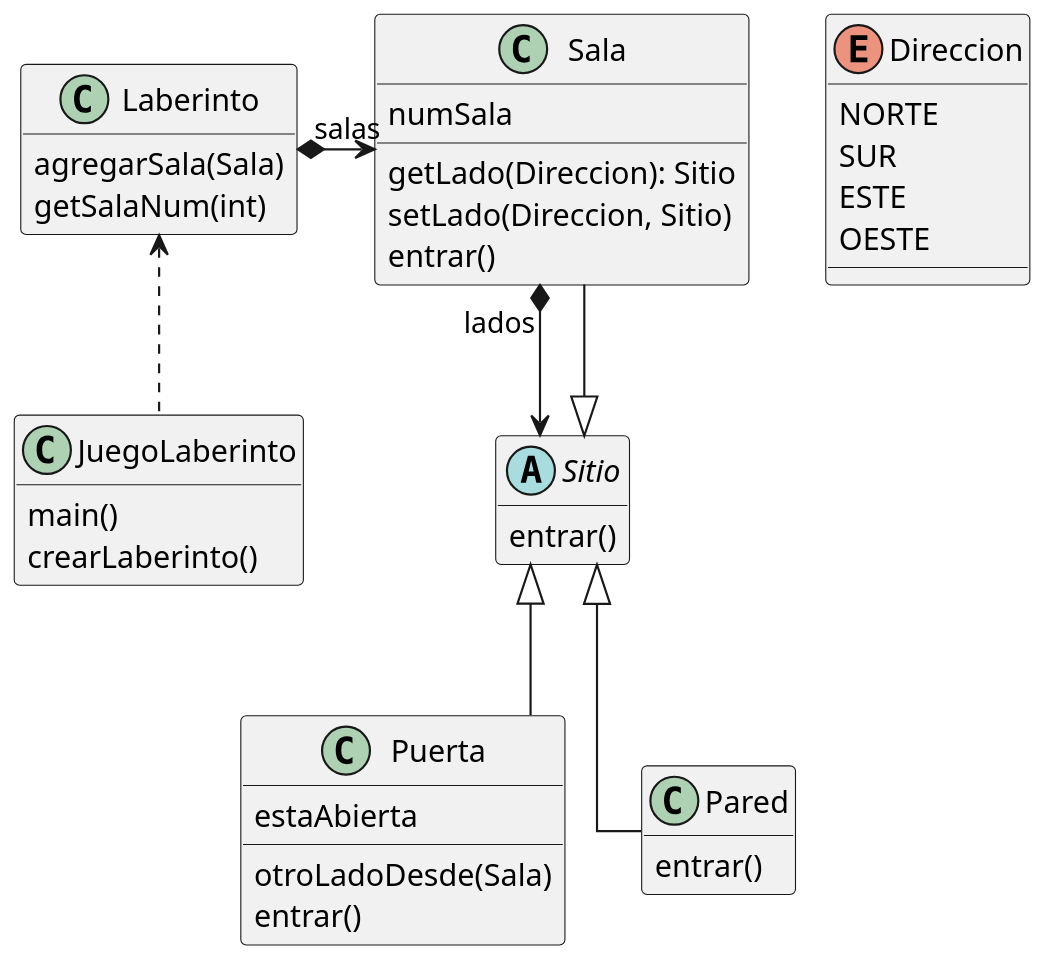
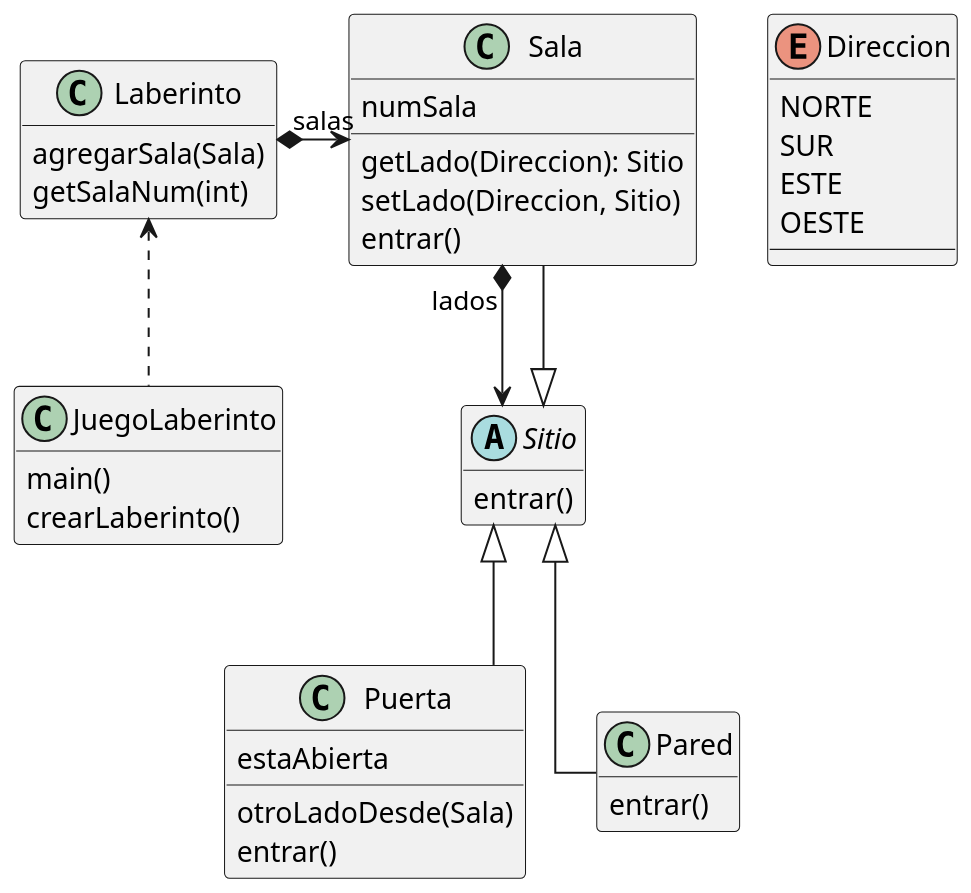
The first of 2 diagrams in patrones-2021.md (dodero/gii-dss-iiss), drawn with PlantUML before and after one commit. The commit also changed other lines of this file and 33 other files, not shown here.

```diff
--- a/patrones-2021.md
+++ b/patrones-2021.md
@@ -151,60 +158,60 @@
 @startuml
 top to bottom direction
 scale 1024 width
-scale 700 height
+scale 650 height
 skinparam linetype ortho
 skinparam classAttributeIconSize 0
 
 enum Direccion {
   NORTE
   SUR
   ESTE
   OESTE
 }
 
 class JuegoLaberinto {
   {method} main()
   {method} crearLaberinto()
 }
 
 abstract class Sitio{
   {method} entrar()
 }
 
 class Sala{
   {field} numSala
   {method} getLado(Direccion): Sitio
   {method} setLado(Direccion, Sitio)
   {method} entrar()
 }
 
 class Puerta{
   {field} estaAbierta
   {method} otroLadoDesde(Sala)
   {method} entrar()
 }
 
 class Pared{
   {method} entrar()
 }
 
 class Laberinto{
   {method} agregarSala(Sala)
   {method} getSalaNum(int)
 }
 
 JuegoLaberinto .up.> Laberinto
 
 Sala "lados" *-down-> Sitio
 Sitio <|-down- Pared
 Sitio <|-down- Puerta
 Sitio <|-down- Sala
 Laberinto "salas" *-right-> Sala
 
 hide members
 show methods
 show Direccion members
 show Sala members
 show Puerta members
 
 @enduml
```
